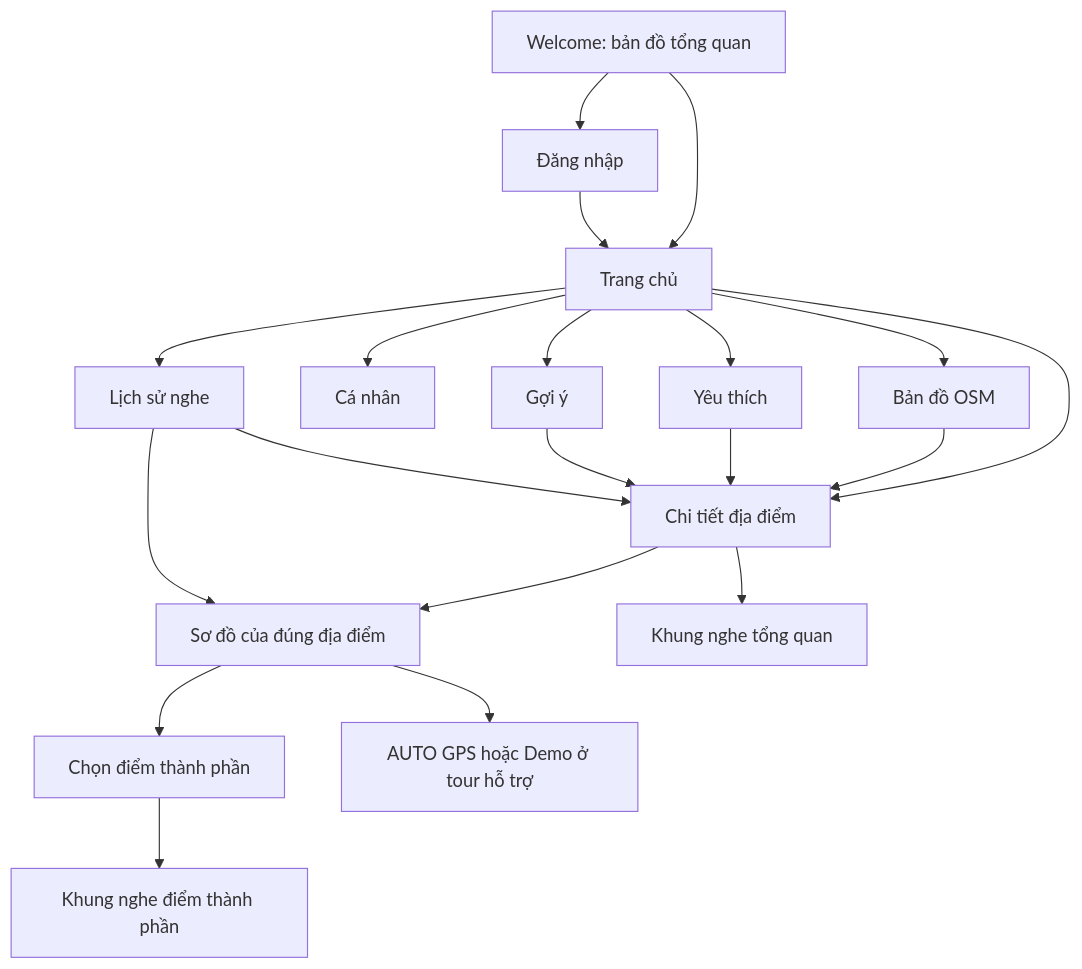
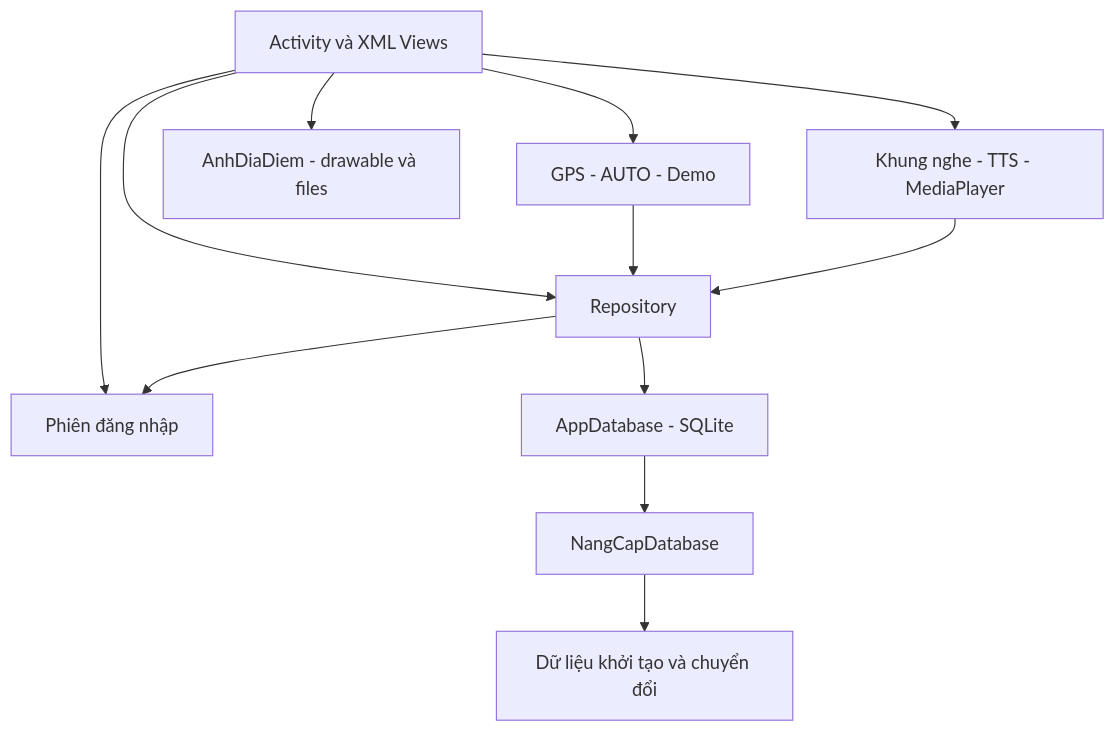
Before and after one commit to 2324802010012-sudo/APP_CK: the diagram in README.md, drawn with Mermaid. The commit also changed other lines of this file and 45 other files, not shown here.

````diff
--- a/README.md
+++ b/README.md
@@ -84,22 +180,14 @@
-~~~mermaid
+```mermaid
 flowchart TD
-    W[Welcome: bản đồ tổng quan] --> M[Trang chủ]
-    W --> DN[Đăng nhập]
-    DN --> M
-    M --> BD[Bản đồ OSM]
-    M --> CT[Chi tiết địa điểm]
-    M --> CN[Cá nhân]
-    M --> YT[Yêu thích]
-    M --> LS[Lịch sử nghe]
-    M --> GY[Gợi ý]
-    BD --> CT
-    YT --> CT
-    GY --> CT
-    CT --> T[Sơ đồ của đúng địa điểm]
-    CT --> K[Khung nghe tổng quan]
-    T --> P[Chọn điểm thành phần]
-    P --> K2[Khung nghe điểm thành phần]
-    T --> A[AUTO GPS hoặc Demo ở tour hỗ trợ]
-    LS --> CT
-    LS --> T
-~~~
+    UI[Activity và XML Views] --> R[Repository]
+    UI --> S[Phiên đăng nhập]
+    R --> S
+    R --> DB[AppDatabase - SQLite]
+    DB --> M[NangCapDatabase]
+    M --> Seed[Dữ liệu khởi tạo và chuyển đổi]
+    UI --> GPS[GPS - AUTO - Demo]
+    UI --> Audio[Khung nghe - TTS - MediaPlayer]
+    GPS --> R
+    Audio --> R
+    UI --> Image[AnhDiaDiem - drawable và files]
+```
````
